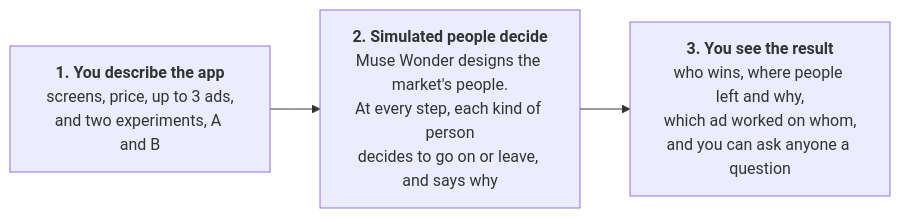
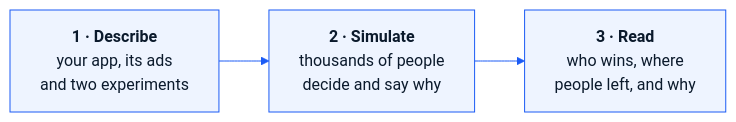
One commit to tokyosini573/META-Global-AI-Developer-Hackathon changed the first of 2 diagrams in README.md. Above: the diagram before and after it, drawn with Mermaid. The commit also changed other lines of this file, not shown here.

Commit message:
README: shorter, on-brand diagrams

````diff
--- a/README.md
+++ b/README.md
@@ -44,7 +44,5 @@
 ```mermaid
+%%{init: {'theme': 'base', 'themeVariables': {'primaryColor': '#EEF4FF', 'primaryBorderColor': '#1B5BF5', 'primaryTextColor': '#0B1A2C', 'lineColor': '#1B5BF5'}}}%%
 flowchart LR
-    A["<b>1. You describe the app</b><br/>screens, price, up to 3 ads,<br/>and two experiments, A and B"]
-    B["<b>2. Simulated people decide</b><br/>Muse Wonder designs the market's people.<br/>At every step, each kind of person<br/>decides to go on or leave, and says why"]
-    C["<b>3. You see the result</b><br/>who wins, where people left and why,<br/>which ad worked on whom,<br/>and you can ask anyone a question"]
-    A --> B --> C
+    A["<b>1 · Describe</b><br/>your app, its ads<br/>and two experiments"] --> B["<b>2 · Simulate</b><br/>thousands of people<br/>decide and say why"] --> C["<b>3 · Read</b><br/>who wins, where<br/>people left, and why"]
 ```
````
